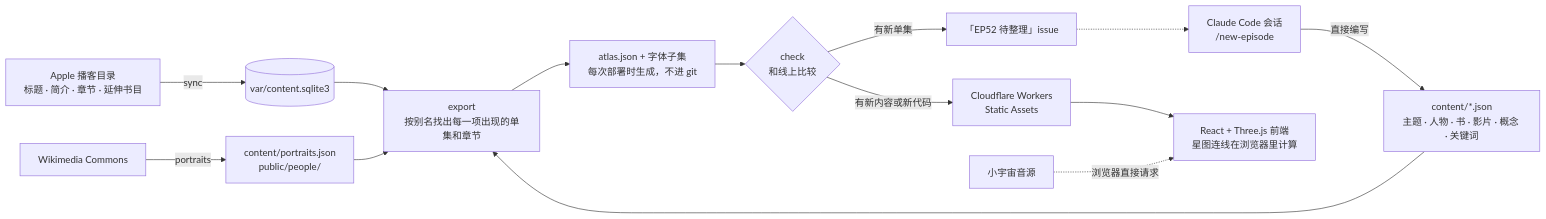
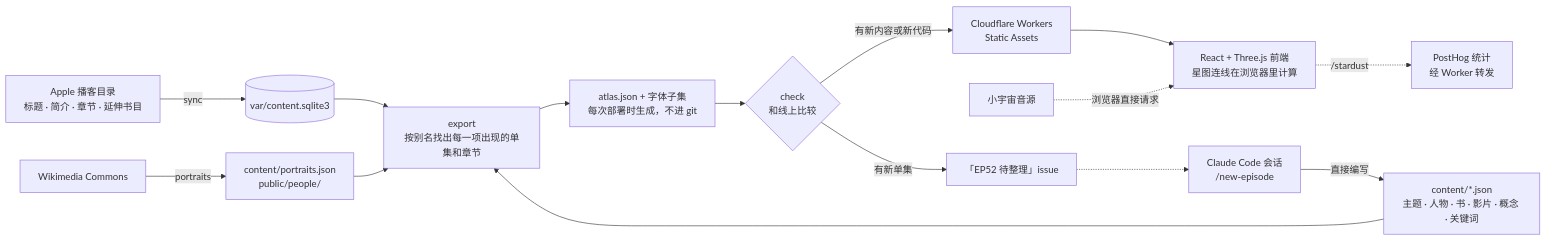
One commit to foreseaz/beiershuo changed the diagram in README.md. Above: the diagram before and after it, drawn with Mermaid. The commit also changed other lines of this file and 9 other files, not shown here.

Commit message:
Count visits and listening in PostHog, relayed through the site's own address and without cookies.

````diff
--- a/README.md
+++ b/README.md
@@ -31,16 +31,17 @@
 ```mermaid
 flowchart LR
   A[Apple 播客目录<br/>标题 · 简介 · 章节 · 延伸书目] -->|sync| D[(var/content.sqlite3)]
   C[Claude Code 会话<br/>/new-episode] -->|直接编写| J[content/*.json<br/>主题 · 人物 · 书 · 影片 · 概念 · 关键词]
   W[Wikimedia Commons] -->|portraits| P[content/portraits.json<br/>public/people/]
   D --> E[export<br/>按别名找出每一项出现的单集和章节]
   J --> E
   P --> E
   E --> S[atlas.json + 字体子集<br/>每次部署时生成，不进 git]
   S --> K{check<br/>和线上比较}
   K -->|有新内容或新代码| CF[Cloudflare Workers<br/>Static Assets]
   K -->|有新单集| I[「EP52 待整理」issue]
   I -.-> C
   CF --> F[React + Three.js 前端<br/>星图连线在浏览器里计算]
   X[小宇宙音源] -. 浏览器直接请求 .-> F
+  F -. /stardust .-> PH[PostHog 统计<br/>经 Worker 转发]
 ```
````
